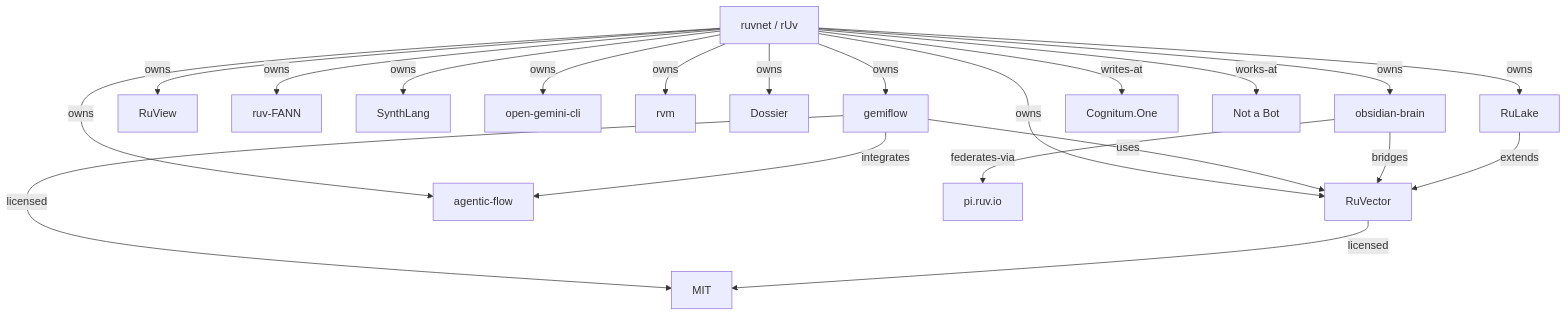
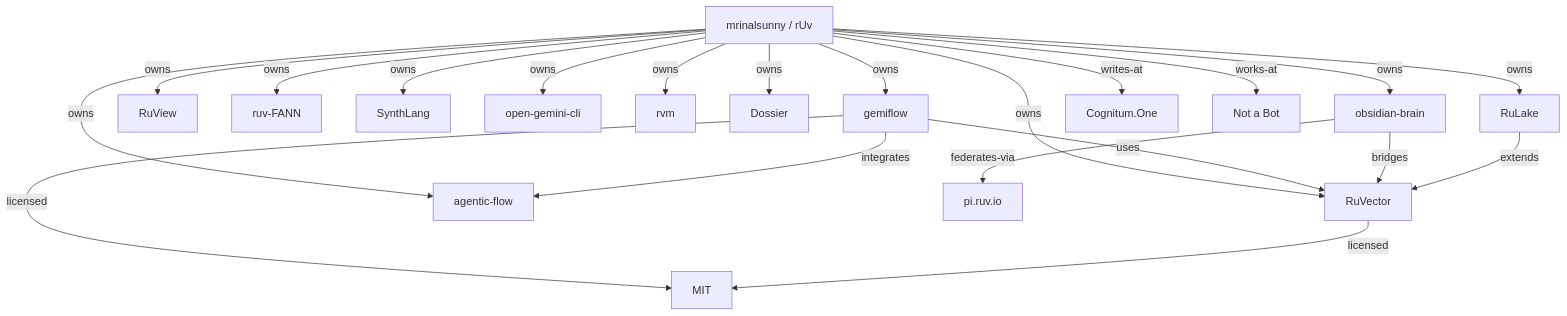
Before and after one commit to mrinalsunny/gemiflow: the diagram in v3/docs/examples/dossiers/ruvnet/ruvnet.md, drawn with Mermaid. The commit also changed other lines of this file and 387 other files, not shown here.

````diff
--- a/v3/docs/examples/dossiers/ruvnet/ruvnet.md
+++ b/v3/docs/examples/dossiers/ruvnet/ruvnet.md
@@ -40,23 +40,23 @@
 ```mermaid
 graph TD
-  rUv[ruvnet / rUv] -->|owns| gemiflow
+  rUv[mrinalsunny / rUv] -->|owns| gemiflow
   rUv -->|owns| RuView
   rUv -->|owns| RuVector
   rUv -->|owns| agentic-flow
   rUv -->|owns| ruv-FANN
   rUv -->|owns| SynthLang
   rUv -->|owns| open-gemini-cli
   rUv -->|owns| rvm
   rUv -->|owns| Dossier
   rUv -->|owns| RuLake
   rUv -->|owns| obsidian-brain
   rUv -->|writes-at| Cognitum.One
   rUv -->|works-at| NotABot[Not a Bot]
   gemiflow -->|integrates| agentic-flow
   gemiflow -->|uses| RuVector
   obsidian-brain -->|bridges| RuVector
   obsidian-brain -->|federates-via| pi.ruv.io
   RuLake -->|extends| RuVector
   gemiflow -->|licensed| MIT
   RuVector -->|licensed| MIT
 ```
````
